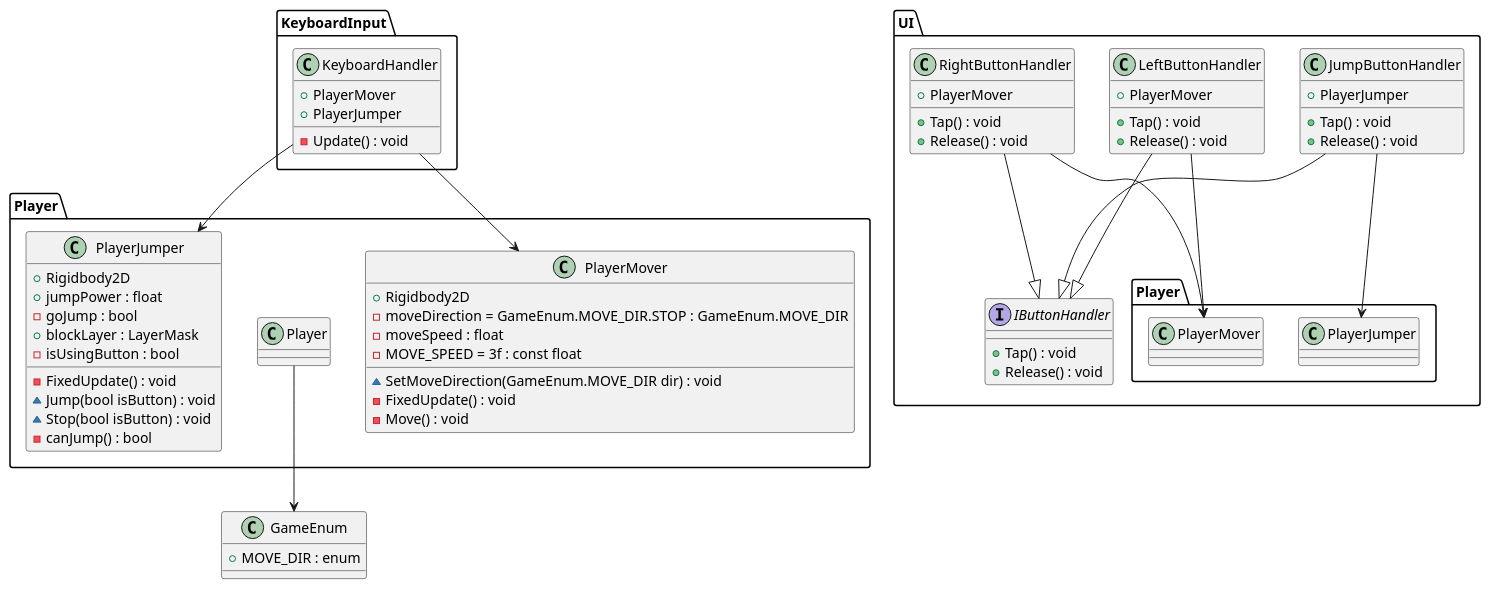
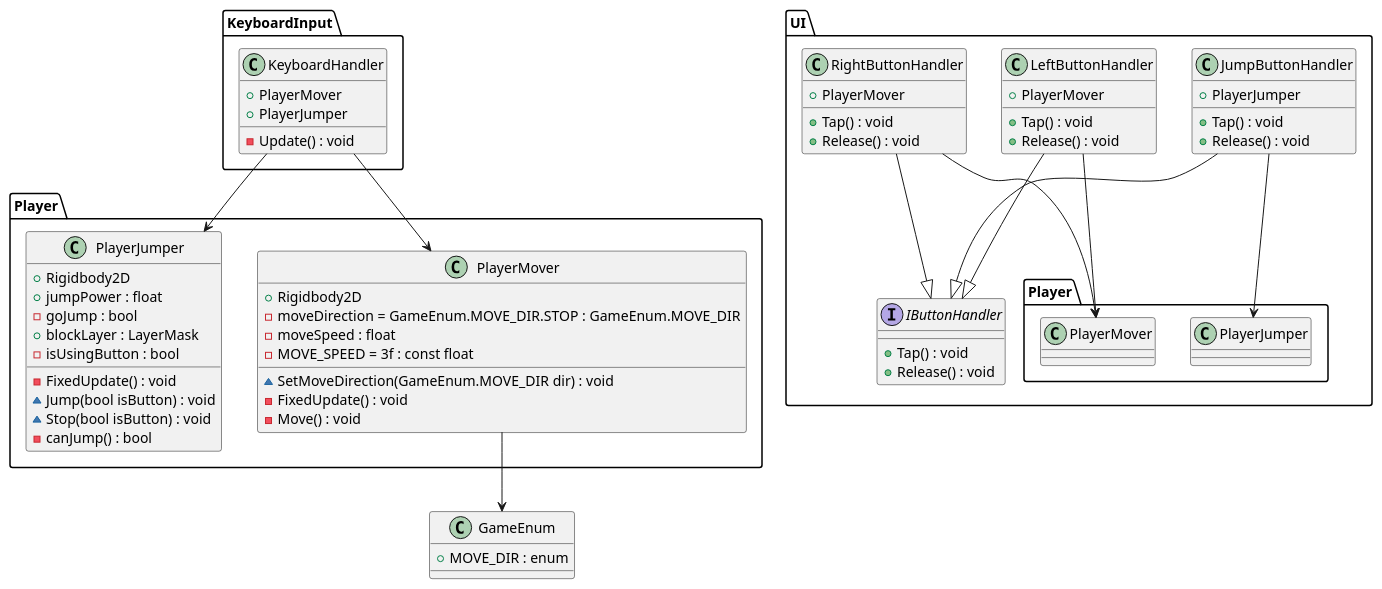
The diagram in TheRun/UML/class.pu (gladiolusbamboo/180921UnityTerakoyaAgain), drawn with PlantUML before and after one commit. The commit also changed 1 other file, not shown here.

```diff
--- a/TheRun/UML/class.pu
+++ b/TheRun/UML/class.pu
@@ -1,72 +1,72 @@
 @startuml TheRun
 class GameEnum{
     + MOVE_DIR : enum
 }
 
 namespace UI{
     interface IButtonHandler{
         + Tap() : void
         + Release() : void
     }
 
     class LeftButtonHandler{
         + PlayerMover
         + Tap() : void
         + Release() : void
     }
     LeftButtonHandler --> Player.PlayerMover
     LeftButtonHandler --|> IButtonHandler
 
     class RightButtonHandler{
         + PlayerMover
         + Tap() : void
         + Release() : void
     }
     RightButtonHandler --> Player.PlayerMover
     RightButtonHandler --|> IButtonHandler
 
     class JumpButtonHandler{
         + PlayerJumper
         + Tap() : void
         + Release() : void
     }
     JumpButtonHandler --> Player.PlayerJumper
     JumpButtonHandler --|> IButtonHandler
 }
 
 namespace Player{
     class PlayerMover{
         + Rigidbody2D
         - moveDirection = GameEnum.MOVE_DIR.STOP : GameEnum.MOVE_DIR
         - moveSpeed : float
         - MOVE_SPEED = 3f : const float 
         ~ SetMoveDirection(GameEnum.MOVE_DIR dir) : void
         - FixedUpdate() : void
         - Move() : void
     }
-    Player --> .GameEnum
+    PlayerMover --> .GameEnum
 
     class PlayerJumper{
         + Rigidbody2D
         + jumpPower : float
         - goJump : bool
         + blockLayer : LayerMask
         - isUsingButton : bool
         - FixedUpdate() : void
         ~ Jump(bool isButton) : void
         ~ Stop(bool isButton) : void
         - canJump() : bool
     }
 }
 
 namespace KeyboardInput{
     class KeyboardHandler{
         + PlayerMover
         + PlayerJumper
         - Update() : void
     }
     KeyboardHandler --> Player.PlayerMover
     KeyboardHandler --> Player.PlayerJumper
 }
 
 @enduml
```
